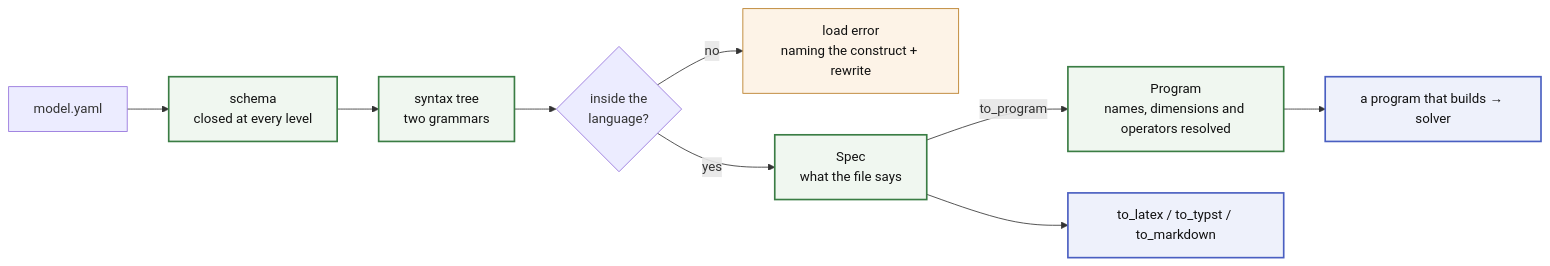
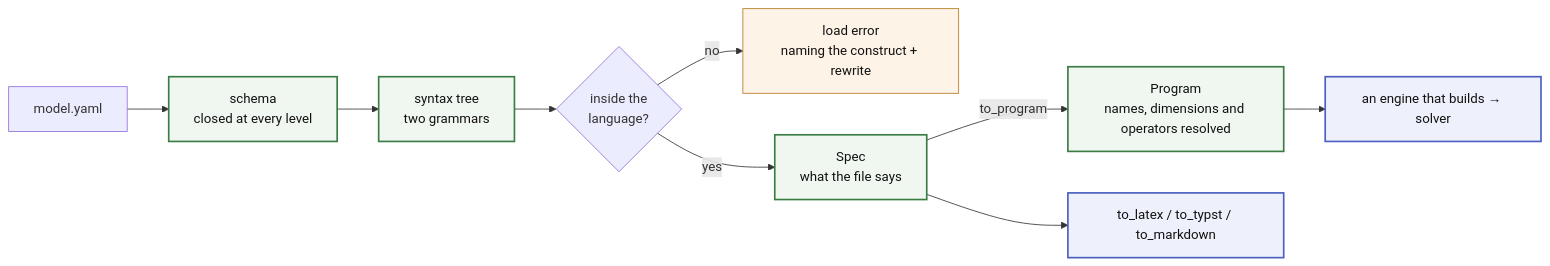
The diagram in README.md (energy-models/math-spec), drawn with Mermaid before and after one commit. The commit also changed other lines of this file and 11 other files, not shown here.

````diff
--- a/README.md
+++ b/README.md
@@ -47,18 +47,18 @@
 ```mermaid
 flowchart LR
     Y["model.yaml"] --> S["schema<br/>closed at every level"]
     S --> AST["syntax tree<br/>two grammars"]
     AST --> Q{"inside the<br/>language?"}
     Q -->|"no"| ERR["load error<br/>naming the construct + rewrite"]
     Q -->|"yes"| M["Spec<br/>what the file says"]
     M -->|"to_program"| P["Program<br/>names, dimensions and operators resolved"]
-    P --> ENG["a program that builds → solver"]
+    P --> ENG["an engine that builds → solver"]
     M --> T["to_latex / to_typst / to_markdown"]
 
     classDef spec fill:#f0f7f0,stroke:#3a7d44,stroke-width:2px,color:#111
     classDef consumer fill:#eef1fb,stroke:#4a5fc1,stroke-width:2px,color:#111
     classDef err fill:#fdf3e7,stroke:#b7791f,color:#111
     class S,AST,M,P spec
     class ENG,T consumer
     class ERR err
 ```
````
